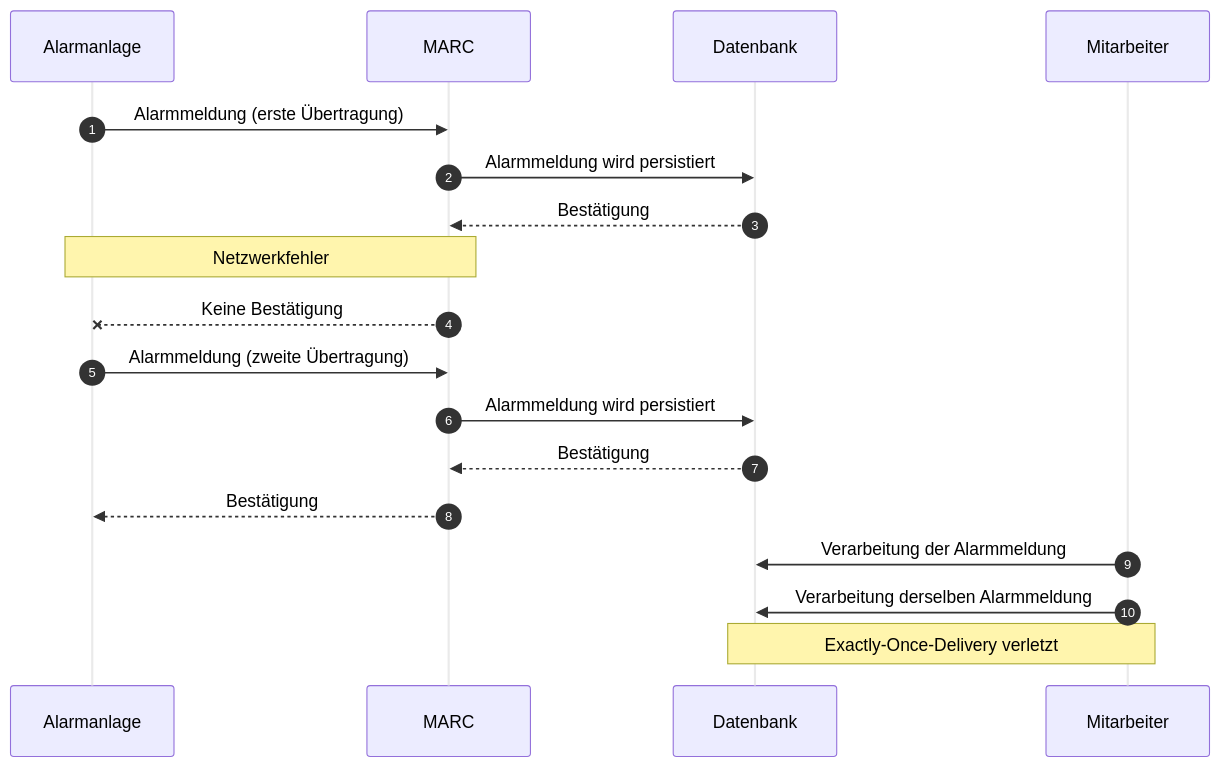
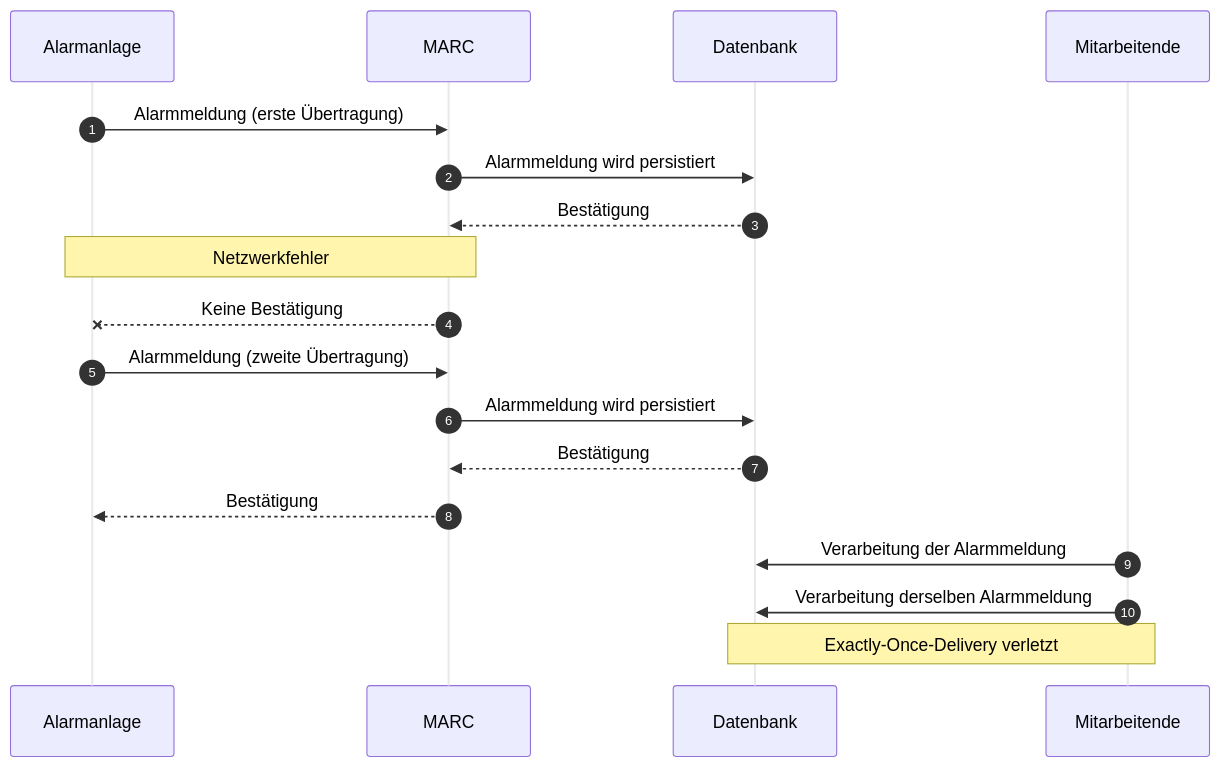
One commit to JadKHaddad/MT changed the diagram in mermaid/marc_exactly_once_delivery_violation_sequence.mmd. Above: the diagram before and after it, drawn with Mermaid. The commit also changed 18 other files, not shown here.

Commit message:
update mermaid: mitarbeiter -> Mitarbeitende

```diff
--- a/mermaid/marc_exactly_once_delivery_violation_sequence.mmd
+++ b/mermaid/marc_exactly_once_delivery_violation_sequence.mmd
@@ -1,22 +1,22 @@
 %%{init: { 'themeVariables': { 'actorLineColor': '#EAEAEA', 'signalTextColor': '#000000' } } }%%
 sequenceDiagram
     autonumber
     participant AA as Alarmanlage
     participant MARC as MARC
     participant DB as Datenbank
-    participant MA as Mitarbeiter
+    participant MA as Mitarbeitende
 
     AA->>MARC: Alarmmeldung (erste Übertragung)
     MARC->>DB: Alarmmeldung wird persistiert
     DB-->>MARC: Bestätigung
     Note over AA,MARC: Netzwerkfehler
     MARC--xAA: Keine Bestätigung
 
     AA->>MARC: Alarmmeldung (zweite Übertragung)
     MARC->>DB: Alarmmeldung wird persistiert
     DB-->>MARC: Bestätigung
     MARC-->>AA: Bestätigung
 
     MA->>DB: Verarbeitung der Alarmmeldung
     MA->>DB: Verarbeitung derselben Alarmmeldung
     Note over DB,MA: Exactly-Once-Delivery verletzt
```
